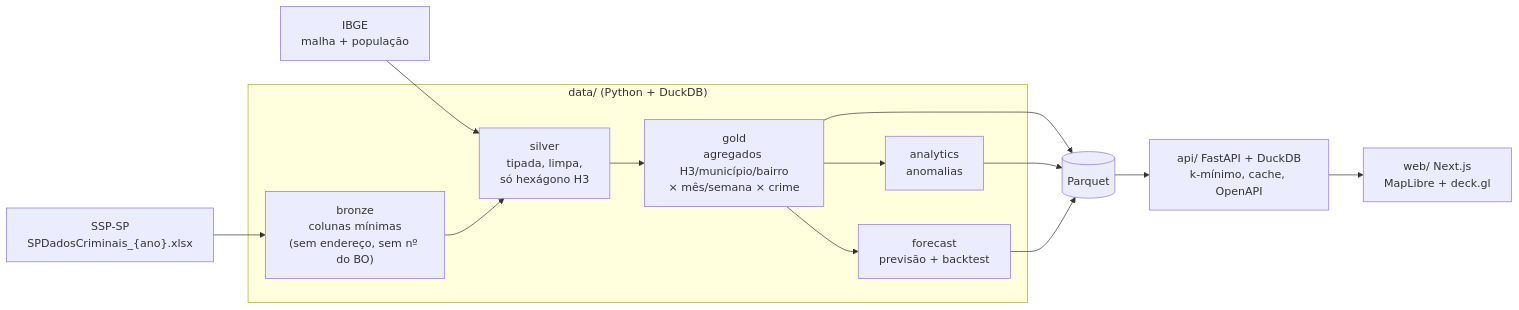
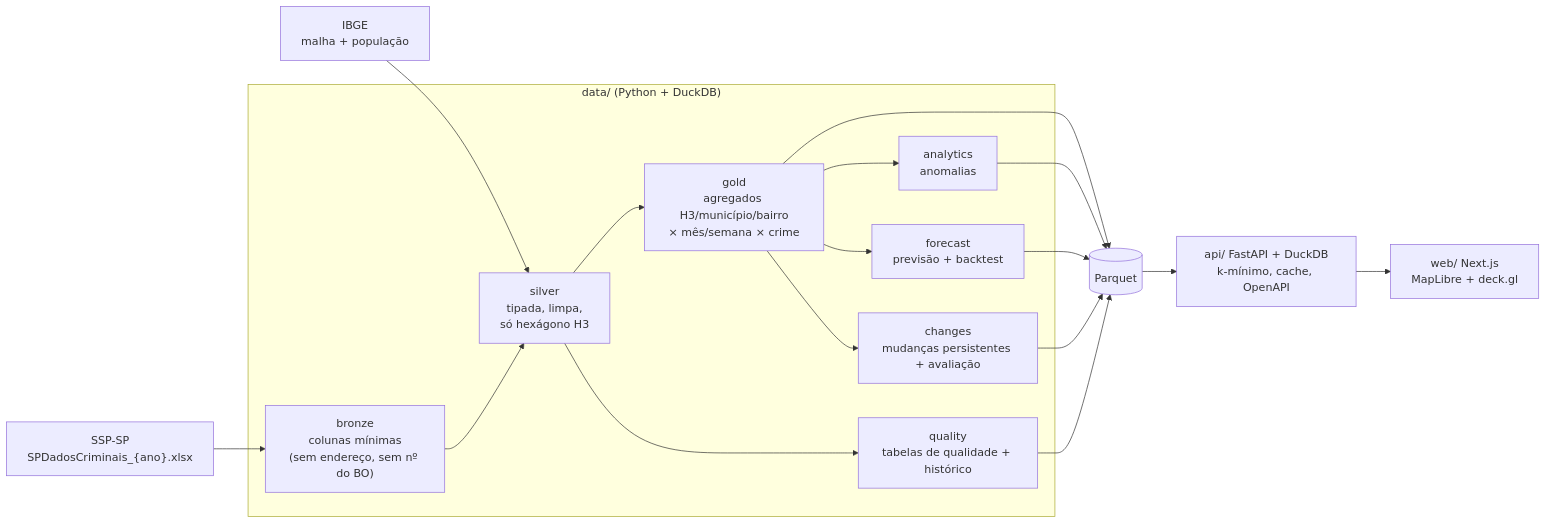
Before and after one commit to leonardotteixeira/criminal-plataforma: the diagram in README.md, drawn with Mermaid. The commit also changed other lines of this file and 11 other files, not shown here.

Commit message:
docs: auditoria v2, metodo e avaliacao das mudancas persistentes, controle de diferenciacao, monitor de qualidade, README atualizado

````diff
--- a/README.md
+++ b/README.md
@@ -42,14 +50,16 @@
 ```mermaid
 flowchart LR
     SSP["SSP-SP<br/>SPDadosCriminais_{ano}.xlsx"] --> B
     IBGE["IBGE<br/>malha + população"] --> S
     subgraph data["data/ (Python + DuckDB)"]
         B["bronze<br/>colunas mínimas<br/>(sem endereço, sem nº do BO)"] --> S["silver<br/>tipada, limpa,<br/>só hexágono H3"]
         S --> G["gold<br/>agregados H3/município/bairro<br/>× mês/semana × crime"]
         G --> A["analytics<br/>anomalias"]
         G --> F["forecast<br/>previsão + backtest"]
+        G --> M["changes<br/>mudanças persistentes + avaliação"]
+        S --> Q["quality<br/>tabelas de qualidade + histórico"]
     end
-    G & A & F --> P[("Parquet")]
+    G & A & F & M & Q --> P[("Parquet")]
     P --> API["api/ FastAPI + DuckDB<br/>k-mínimo, cache, OpenAPI"]
     API --> WEB["web/ Next.js<br/>MapLibre + deck.gl"]
 ```
````
